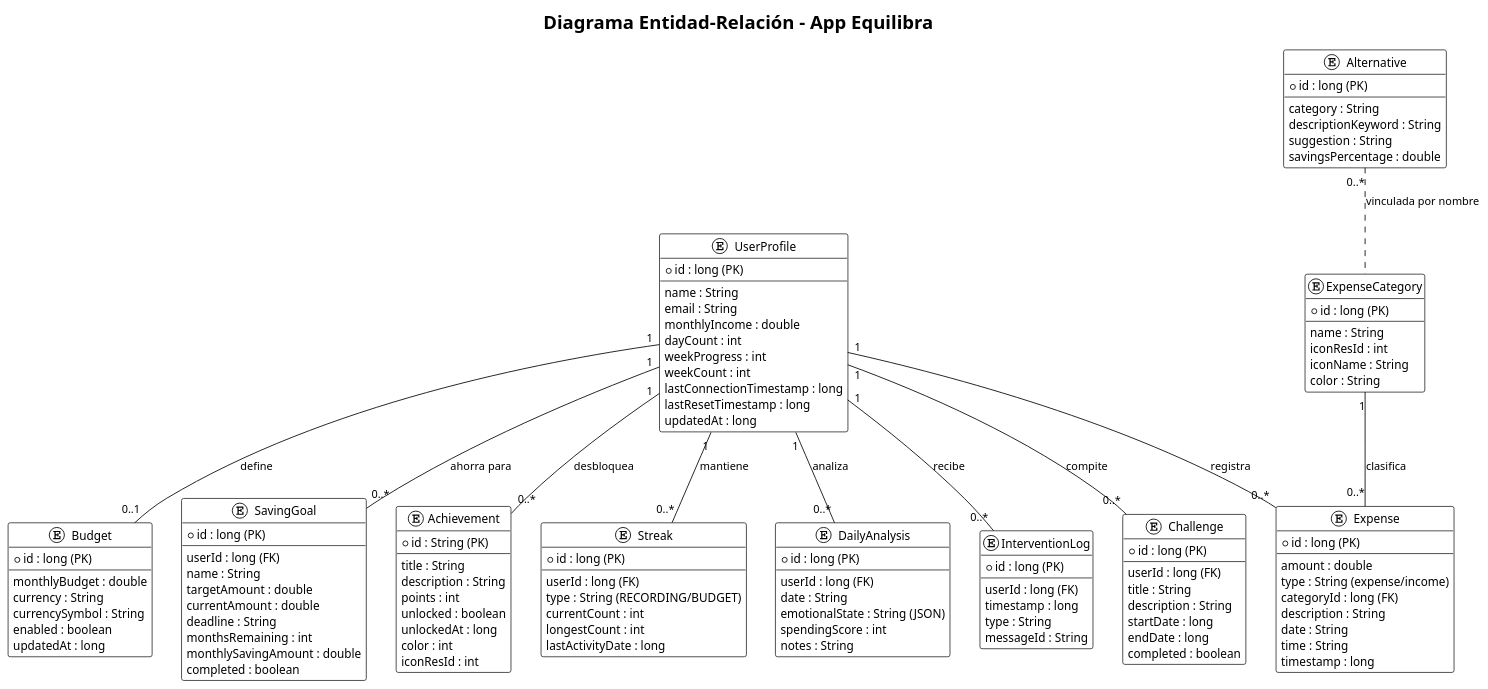
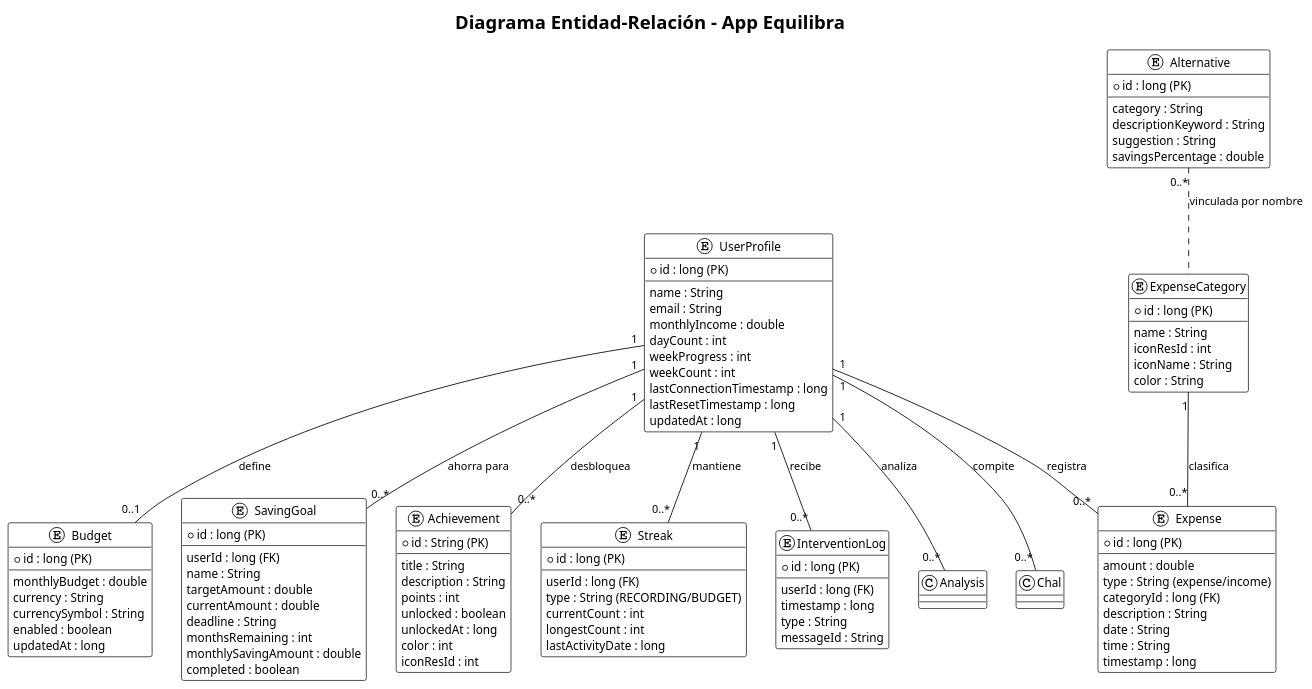
The diagram in plantUML/DER_General.puml (AsunFdez/AppEquilibra), drawn with PlantUML before and after one commit. The commit also changed 56 other files, not shown here.

```diff
--- a/plantUML/DER_General.puml
+++ b/plantUML/DER_General.puml
@@ -1,145 +1,124 @@
 @startuml
 
 !theme plain
 skinparam LCColor #333
 skinparam class {
     BackgroundColor white
     Arrows #black
     BorderColor #333
 }
 
 title Diagrama Entidad-Relación - App Equilibra
 
 entity "UserProfile" as User {
     * id : long (PK)
     --
     name : String
     email : String
     monthlyIncome : double
     dayCount : int
     weekProgress : int
     weekCount : int
     lastConnectionTimestamp : long
     lastResetTimestamp : long
     updatedAt : long
 }
 
 entity "Expense" as Exp {
     * id : long (PK)
     --
     amount : double
     type : String (expense/income)
     categoryId : long (FK)
     description : String
     date : String
     time : String
     timestamp : long
 }
 
 entity "ExpenseCategory" as Cat {
     * id : long (PK)
     --
     name : String
     iconResId : int
     iconName : String
     color : String
 }
 
 entity "Budget" as Bud {
     * id : long (PK)
     --
     monthlyBudget : double
     currency : String
     currencySymbol : String
     enabled : boolean
     updatedAt : long
 }
 
 entity "SavingGoal" as Goal {
     * id : long (PK)
     --
     userId : long (FK)
     name : String
     targetAmount : double
     currentAmount : double
     deadline : String
     monthsRemaining : int
     monthlySavingAmount : double
     completed : boolean
 }
 
 entity "Achievement" as Ach {
     * id : String (PK)
     --
     title : String
     description : String
     points : int
     unlocked : boolean
     unlockedAt : long
     color : int
     iconResId : int
 }
 
 entity "Streak" as Str {
     * id : long (PK)
     --
     userId : long (FK)
     type : String (RECORDING/BUDGET)
     currentCount : int
     longestCount : int
     lastActivityDate : long
 }
 
-entity "DailyAnalysis" as Analysis {
-    * id : long (PK)
-    --
-    userId : long (FK)
-    date : String
-    emotionalState : String (JSON)
-    spendingScore : int
-    notes : String
-}
-
 entity "InterventionLog" as Log {
     * id : long (PK)
     --
     userId : long (FK)
     timestamp : long
     type : String
     messageId : String
-}
-
-entity "Challenge" as Chal {
-    * id : long (PK)
-    --
-    userId : long (FK)
-    title : String
-    description : String
-    startDate : long
-    endDate : long
-    completed : boolean
 }
 
 entity "Alternative" as Alt {
     * id : long (PK)
     --
     category : String
     descriptionKeyword : String
     suggestion : String
     savingsPercentage : double
 }
 
 ' Relaciones
 User "1" -- "0..*" Exp : registra
 Cat "1" -- "0..*" Exp : clasifica
 User "1" -- "0..1" Bud : define
 User "1" -- "0..*" Goal : ahorra para
 User "1" -- "0..*" Str : mantiene
 User "1" -- "0..*" Analysis : analiza
 User "1" -- "0..*" Log : recibe
 User "1" -- "0..*" Chal : compite
 User "1" -- "0..*" Ach : desbloquea
 
 ' Relación indirecta de alternativas por nombre de categoría
 Alt "0..*" .. Cat : vinculada por nombre
 @enduml
```
